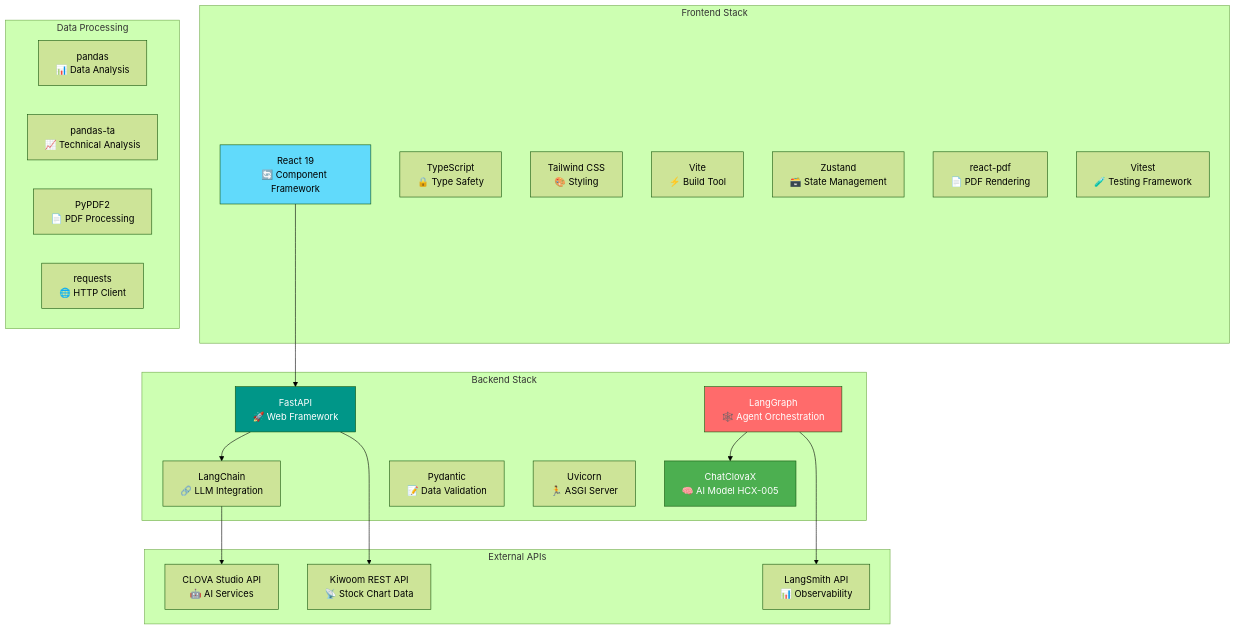
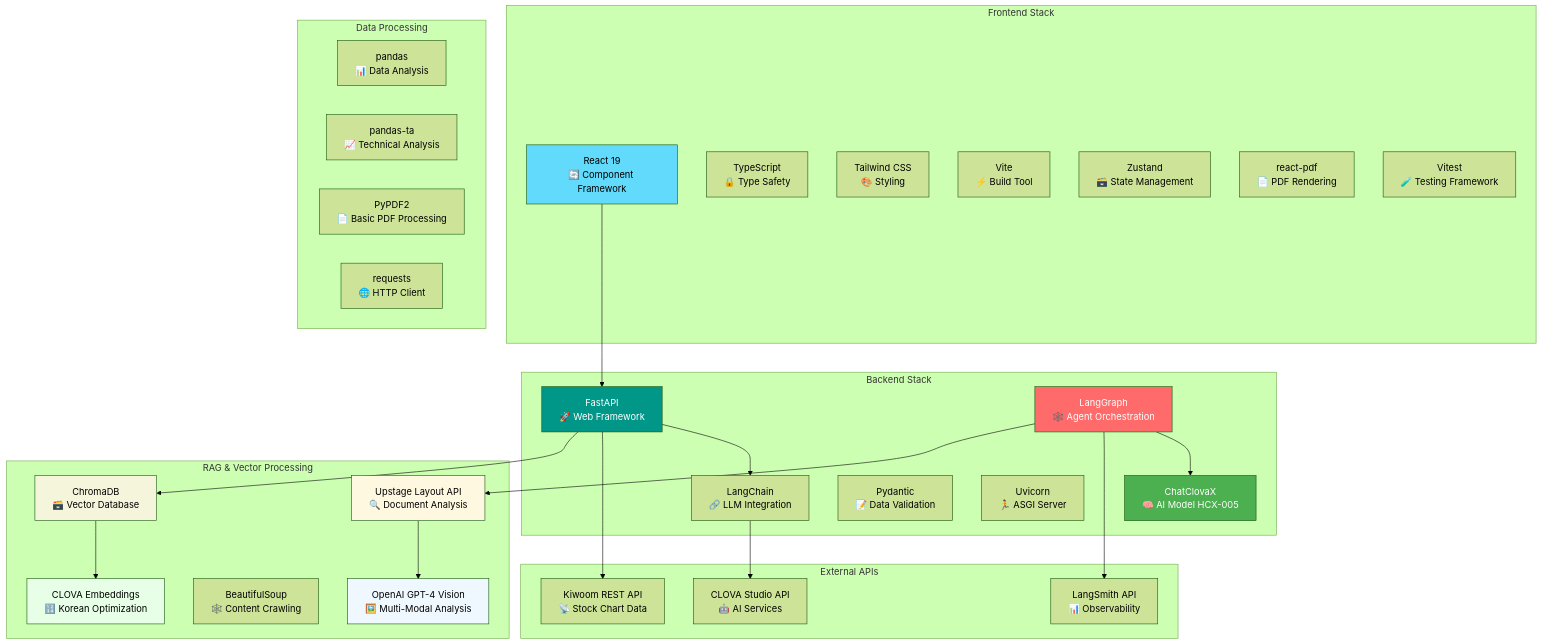
Before and after one commit to yuujinnn/Stockreport-reader: diagram 18 of 21 in backend/MULTI_AGENT_SYSTEM_DOCUMENTATION.md, drawn with Mermaid (forest theme). The commit also changed other lines of this file and 5 other files, not shown here.

````diff
--- a/backend/MULTI_AGENT_SYSTEM_DOCUMENTATION.md
+++ b/backend/MULTI_AGENT_SYSTEM_DOCUMENTATION.md
@@ -642,46 +1052,62 @@
 ```mermaid
 graph TB
     subgraph "Frontend Stack"
         React[React 19<br/>🔄 Component Framework]
         TS[TypeScript<br/>🔒 Type Safety]
         Tailwind[Tailwind CSS<br/>🎨 Styling]
         Vite[Vite<br/>⚡ Build Tool]
         Zustand[Zustand<br/>🗃️ State Management]
         ReactPDF[react-pdf<br/>📄 PDF Rendering]
         Vitest[Vitest<br/>🧪 Testing Framework]
     end
     
     subgraph "Backend Stack"
         FastAPI[FastAPI<br/>🚀 Web Framework]
         LangGraph[LangGraph<br/>🕸️ Agent Orchestration]
         LangChain[LangChain<br/>🔗 LLM Integration]
         ChatClovaX[ChatClovaX<br/>🧠 AI Model HCX-005]
         Pydantic[Pydantic<br/>📝 Data Validation]
         Uvicorn[Uvicorn<br/>🏃 ASGI Server]
     end
     
     subgraph "Data Processing"
         Pandas[pandas<br/>📊 Data Analysis]
         PandasTA[pandas-ta<br/>📈 Technical Analysis]
-        PyPDF2[PyPDF2<br/>📄 PDF Processing]
+        PyPDF2[PyPDF2<br/>📄 Basic PDF Processing]
         Requests[requests<br/>🌐 HTTP Client]
+    end
+    
+    subgraph "RAG & Vector Processing"
+        ChromaDB[ChromaDB<br/>🗃️ Vector Database]
+        UpstageAPI[Upstage Layout API<br/>🔍 Document Analysis]
+        ClovaEmbeddings[CLOVA Embeddings<br/>🔢 Korean Optimization]
+        BeautifulSoup[BeautifulSoup<br/>🕸️ Content Crawling]
+        OpenAIVision[OpenAI GPT-4 Vision<br/>🖼️ Multi-Modal Analysis]
     end
     
     subgraph "External APIs"
         KiwoomAPI[Kiwoom REST API<br/>📡 Stock Chart Data]
         ClovaStudio[CLOVA Studio API<br/>🤖 AI Services]
         LangSmithAPI[LangSmith API<br/>📊 Observability]
     end
     
     React --> FastAPI
     LangGraph --> ChatClovaX
     FastAPI --> LangChain
     LangChain --> ClovaStudio
     FastAPI --> KiwoomAPI
+    FastAPI --> ChromaDB
     LangGraph --> LangSmithAPI
+    LangGraph --> UpstageAPI
+    ChromaDB --> ClovaEmbeddings
+    UpstageAPI --> OpenAIVision
     
     style React fill:#61dafb,color:#000
     style FastAPI fill:#009688,color:#fff
     style LangGraph fill:#ff6b6b,color:#fff
     style ChatClovaX fill:#4caf50,color:#fff
+    style ChromaDB fill:#f5f5dc,color:#000
+    style UpstageAPI fill:#fff8e1,color:#000
+    style ClovaEmbeddings fill:#e6ffe6,color:#000
+    style OpenAIVision fill:#f0f8ff,color:#000
 ```
````
